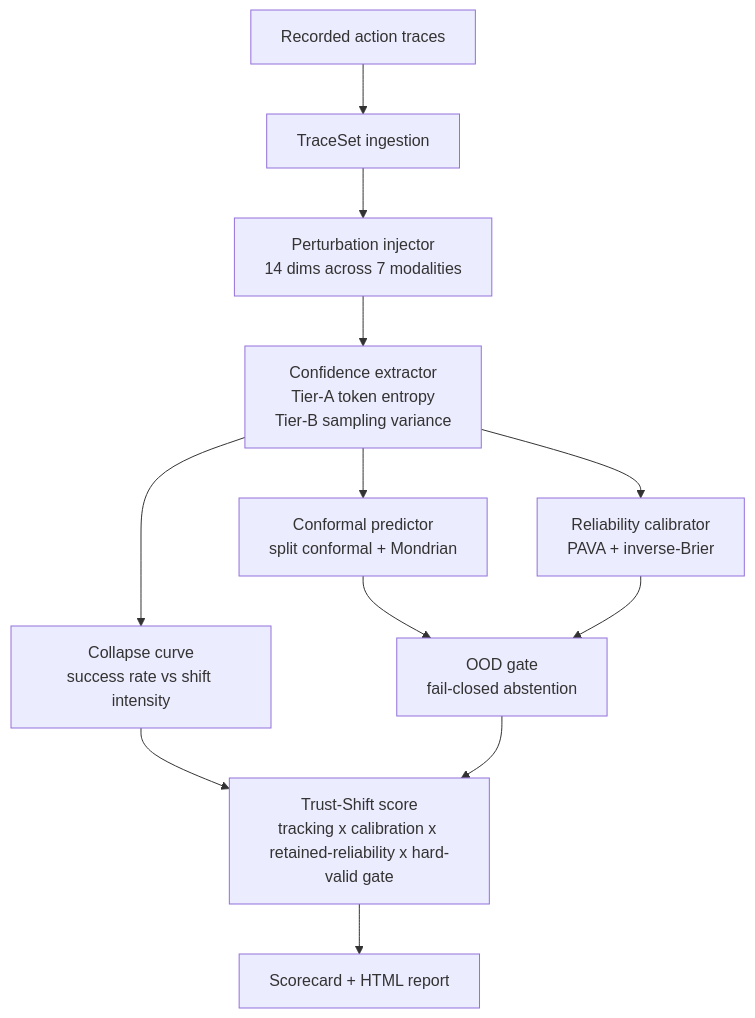
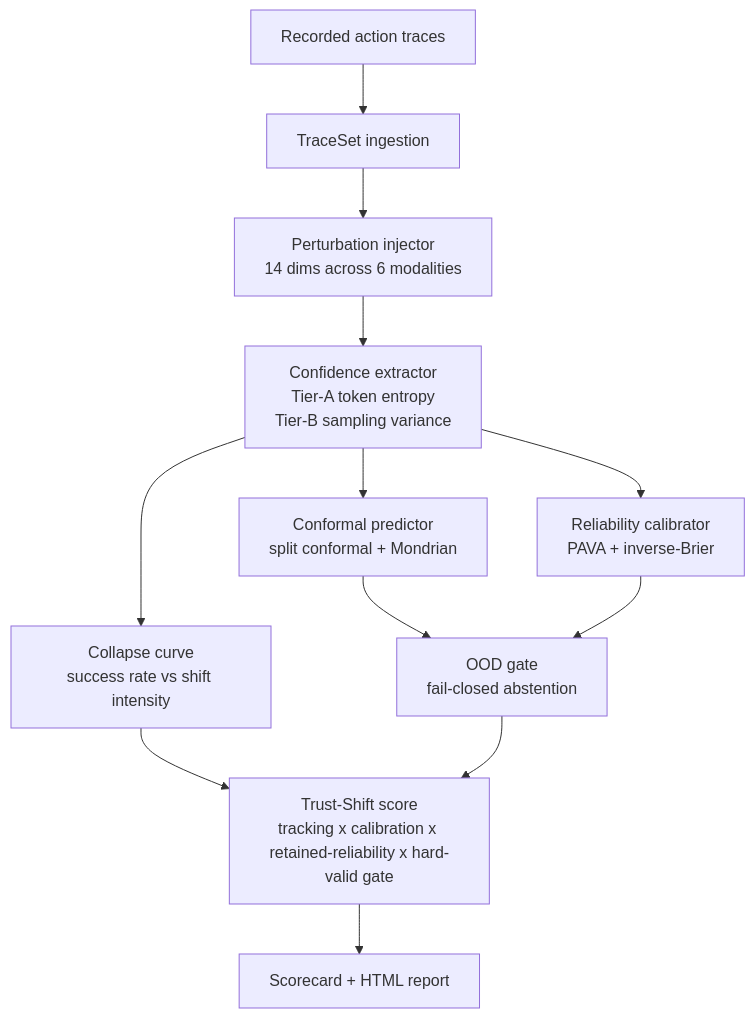
Before and after one commit to hinanohart/vlatrust: the diagram in README.md, drawn with Mermaid. The commit also changed other lines of this file, not shown here.

````diff
--- a/README.md
+++ b/README.md
@@ -20,14 +20,14 @@
 ```mermaid
 flowchart TD
     A[Recorded action traces] --> B[TraceSet ingestion]
-    B --> C[Perturbation injector\n14 dims across 7 modalities]
+    B --> C[Perturbation injector\n14 dims across 6 modalities]
     C --> D[Confidence extractor\nTier-A token entropy\nTier-B sampling variance]
     D --> E[Conformal predictor\nsplit conformal + Mondrian]
     D --> F[Reliability calibrator\nPAVA + inverse-Brier]
     D --> G[Collapse curve\nsuccess rate vs shift intensity]
     E --> H[OOD gate\nfail-closed abstention]
     F --> H
     G --> I[Trust-Shift score\ntracking x calibration x retained-reliability x hard-valid gate]
     H --> I
     I --> J[Scorecard + HTML report]
 ```
````
